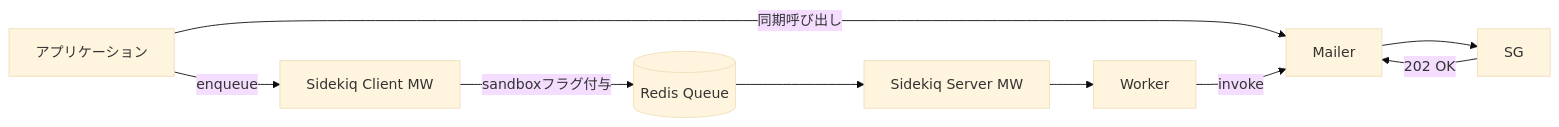
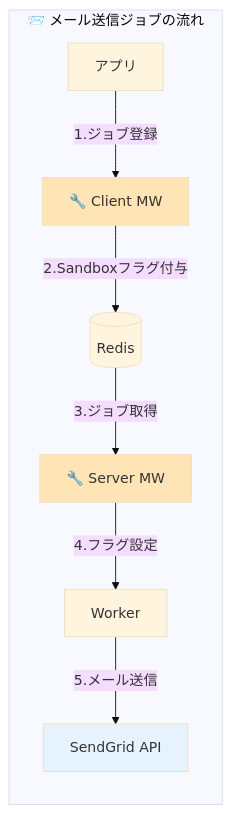
One commit to gi-no/zenn_paiza changed the second of 2 diagrams in articles/sendgrid-sandbox-mode.md. Above: the diagram before and after it, drawn with Mermaid (base theme). The commit also changed other lines of this file, not shown here.

````diff
--- a/articles/sendgrid-sandbox-mode.md
+++ b/articles/sendgrid-sandbox-mode.md
@@ -79,12 +102,14 @@
 ```mermaid
 flowchart LR
-  App[アプリケーション] -->|enqueue| CMW[Sidekiq Client MW]
-  CMW -->|sandboxフラグ付与| Q[(Redis Queue)]
-  Q --> SMW[Sidekiq Server MW]
-  SMW --> W[Worker]
+  subgraph "📨 メール送信ジョブの流れ"
+    App[アプリ] -->|1.ジョブ登録| CMW[🔧 Client MW]
+    CMW -->|2.Sandboxフラグ付与| Redis[(Redis)]
+    Redis -->|3.ジョブ取得| SMW[🔧 Server MW]
+    SMW -->|4.フラグ設定| Worker[Worker]
+    Worker -->|5.メール送信| SG[SendGrid API]
+  end
   
-  App -->|同期呼び出し| M[Mailer]
-  W --> |invoke| M
-  M --> SG
-  SG -->|202 OK| M
+  style CMW fill:#ffe4b5
+  style SMW fill:#ffe4b5
+  style SG fill:#e6f3ff
 ```
````
